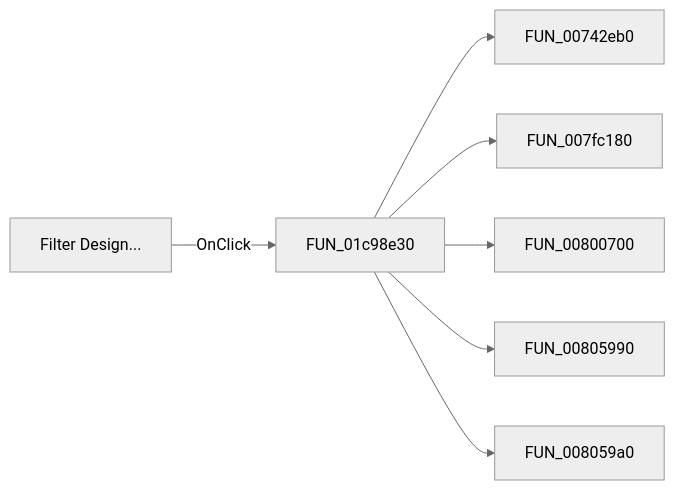
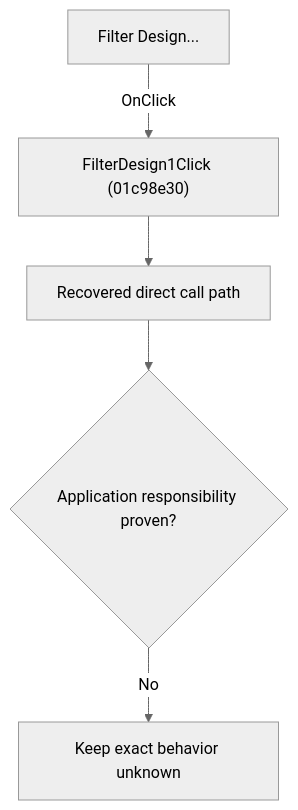
One commit to MovGP0/TIARA changed the diagram in docs/ui-controls/schematiceditor/filterdesign1-a3fc2f1ba1.md. Above: the diagram before and after it, drawn with Mermaid (neutral theme). The commit also changed other lines of this file and 1062 other files, not shown here.

````diff
--- a/docs/ui-controls/schematiceditor/filterdesign1-a3fc2f1ba1.md
+++ b/docs/ui-controls/schematiceditor/filterdesign1-a3fc2f1ba1.md
@@ -27,9 +27,7 @@
 ```mermaid
-flowchart LR
-    control["Filter Design..."] -->|OnClick| handler["FUN_01c98e30"]
-    handler --> call1["FUN_00742eb0"]
-    handler --> call2["FUN_007fc180"]
-    handler --> call3["FUN_00800700"]
-    handler --> call4["FUN_00805990"]
-    handler --> call5["FUN_008059a0"]
+flowchart TD
+    control["Filter Design..."] -->|"OnClick"| handler["FilterDesign1Click (01c98e30)"]
+    handler --> recovered["Recovered direct call path"]
+    recovered --> gap{"Application responsibility proven?"}
+    gap -->|"No"| blocked["Keep exact behavior unknown"]
 ```
````
